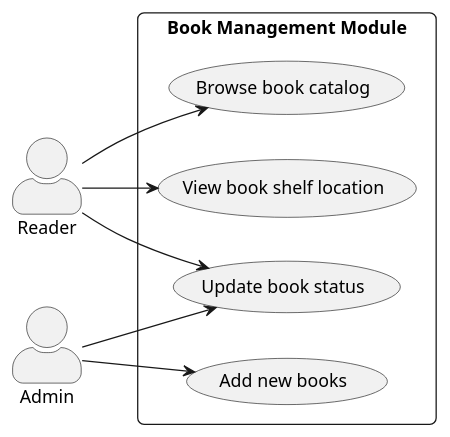
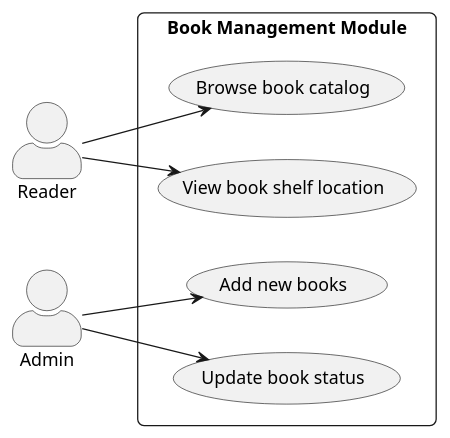
The diagram in docs/MSYADD1/Multi Module Use Case Diagram/TechKalang_UCD_ManageBooks.puml (APC-SoCIT-TechKalang/SORA-Smart-Organized-Reading-Adventure), drawn with PlantUML before and after one commit.

Commit message:
Fixed the connection in the manage books module for the use case diagram

```diff
--- a/docs/MSYADD1/Multi Module Use Case Diagram/TechKalang_UCD_ManageBooks.puml
+++ b/docs/MSYADD1/Multi Module Use Case Diagram/TechKalang_UCD_ManageBooks.puml
@@ -1,27 +1,26 @@
 @startuml
 left to right direction
 skinparam packageStyle rectangle
 skinparam roundcorner 10
 skinparam actorStyle awesome
 
 ' Define Actors
 actor "Reader" as reader
 actor "Admin" as admin
 
 ' Define Module & Use Cases
 rectangle "Book Management Module" {
     usecase "Browse book catalog" as UC_Browse
     usecase "View book shelf location" as UC_ViewShelf
     usecase "Add new books" as UC_AddBooks
     usecase "Update book status" as UC_UpdateStatus
 }
 
 ' Connections
 reader --> UC_Browse
 reader --> UC_ViewShelf
-reader --> UC_UpdateStatus
 
 admin --> UC_AddBooks
 admin --> UC_UpdateStatus
 
 @enduml
```
